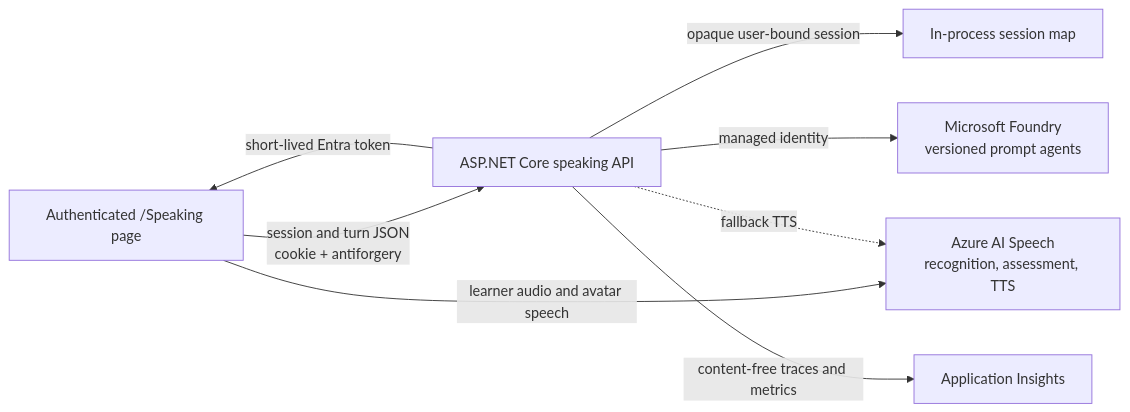
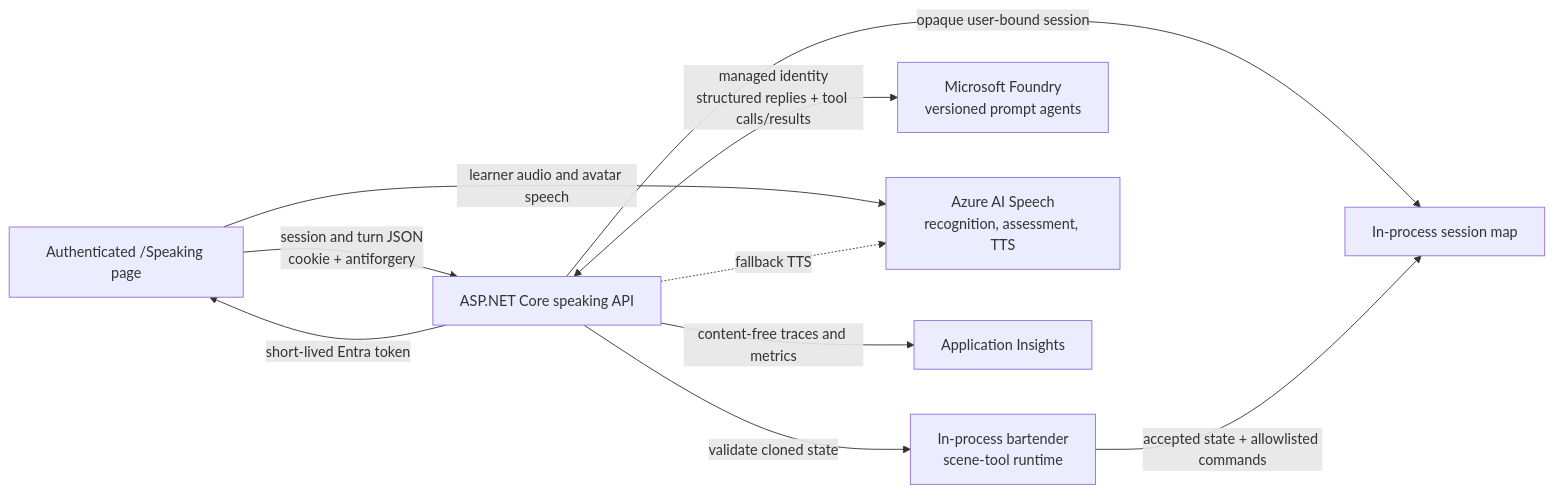
Before and after one commit to gusbo9233/Glosify-.net: the diagram in docs/azure-speaking-practice.md, drawn with Mermaid. The commit also changed other lines of this file and 85 other files, not shown here.

````diff
--- a/docs/azure-speaking-practice.md
+++ b/docs/azure-speaking-practice.md
@@ -19,17 +19,20 @@
 ```mermaid
 flowchart LR
     Browser["Authenticated /Speaking page"]
     Api["ASP.NET Core speaking API"]
     Memory["In-process session map"]
+    SceneTools["In-process bartender<br/>scene-tool runtime"]
     Foundry["Microsoft Foundry<br/>versioned prompt agents"]
     Speech["Azure AI Speech<br/>recognition, assessment, TTS"]
     Insights["Application Insights"]
 
     Browser -->|"session and turn JSON<br/>cookie + antiforgery"| Api
     Api -->|"opaque user-bound session"| Memory
-    Api -->|"managed identity"| Foundry
+    Api <-->|"managed identity<br/>structured replies + tool calls/results"| Foundry
+    Api -->|"validate cloned state"| SceneTools
+    SceneTools -->|"accepted state + allowlisted commands"| Memory
     Api -->|"short-lived Entra token"| Browser
     Browser -->|"learner audio and avatar speech"| Speech
     Api -.->|"fallback TTS"| Speech
     Api -->|"content-free traces and metrics"| Insights
 ```
````
